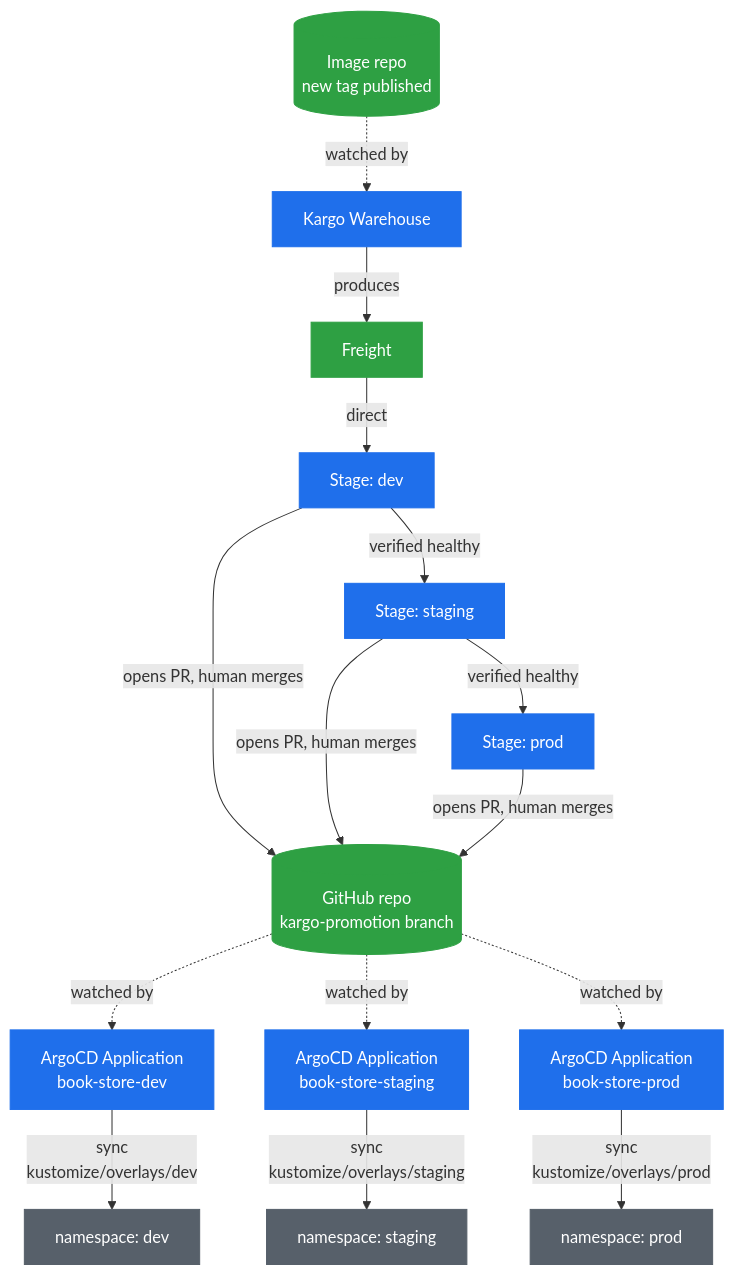
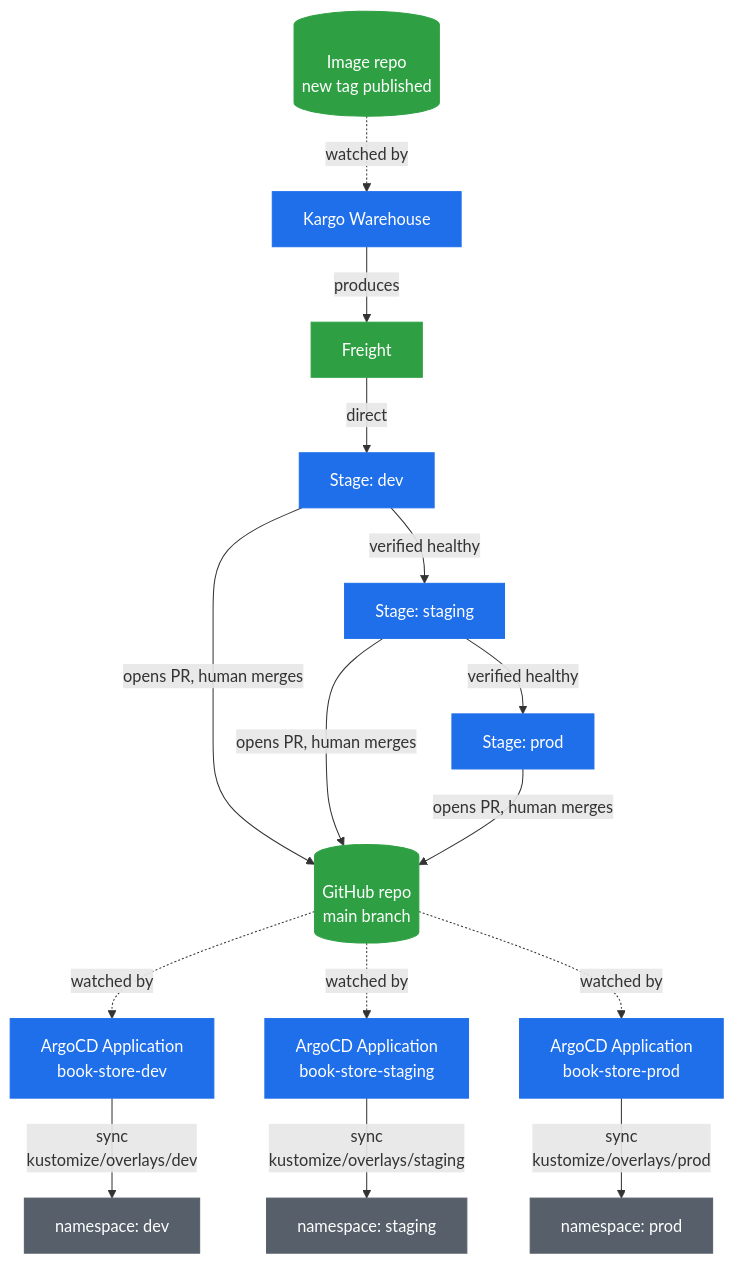
One commit to atkaridarshan04/cloudnative-devops-blueprint changed the diagram in docs/Kargo.md. Above: the diagram before and after it, drawn with Mermaid. The commit also changed 7 other files, not shown here.

````diff
--- a/docs/Kargo.md
+++ b/docs/Kargo.md
@@ -12,29 +12,29 @@
 ```mermaid
 flowchart TD
     GHCR[(Image repo<br/>new tag published)] -.->|watched by| WH[Kargo Warehouse]
     WH -->|produces| Freight[Freight]
 
     Freight -->|direct| Dev[Stage: dev]
     Dev -->|verified healthy| Staging[Stage: staging]
     Staging -->|verified healthy| Prod[Stage: prod]
 
-    Dev -->|opens PR, human merges| Git[(GitHub repo<br/>kargo-promotion branch)]
+    Dev -->|opens PR, human merges| Git[(GitHub repo<br/>main branch)]
     Staging -->|opens PR, human merges| Git
     Prod -->|opens PR, human merges| Git
 
     Git -.->|watched by| AppDev[ArgoCD Application<br/>book-store-dev]
     Git -.->|watched by| AppStaging[ArgoCD Application<br/>book-store-staging]
     Git -.->|watched by| AppProd[ArgoCD Application<br/>book-store-prod]
 
     AppDev -->|sync<br/>kustomize/overlays/dev| NsDev[namespace: dev]
     AppStaging -->|sync<br/>kustomize/overlays/staging| NsStaging[namespace: staging]
     AppProd -->|sync<br/>kustomize/overlays/prod| NsProd[namespace: prod]
 
     classDef store fill:#2ea043,color:#fff,stroke:#2ea043
     classDef controller fill:#1f6feb,color:#fff,stroke:#1f6feb
     classDef workload fill:#57606a,color:#fff,stroke:#57606a
 
     class GHCR,Freight,Git store
     class WH,Dev,Staging,Prod,AppDev,AppStaging,AppProd controller
     class NsDev,NsStaging,NsProd workload
 ```
````
